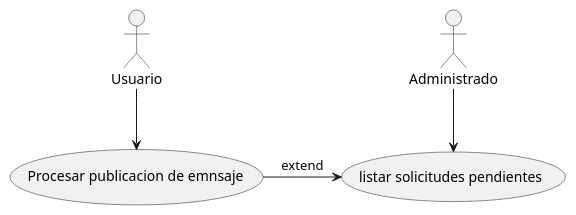
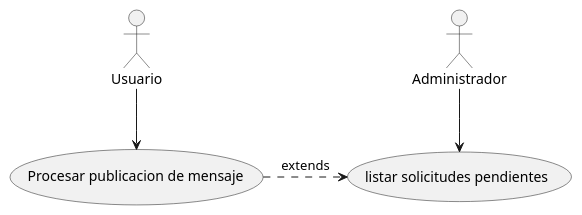
Before and after one commit to AlvariroA/dcapp: the fourth of 16 diagrams in Documentos/template.md, drawn with PlantUML. The commit also changed other lines of this file, not shown here.

````diff
--- a/Documentos/template.md
+++ b/Documentos/template.md
@@ -57,7 +59,7 @@
 ```plantuml
 @startuml
-Usuario --> (Procesar publicacion de emnsaje)
-(Procesar publicacion de emnsaje) -> (listar solicitudes pendientes) :extend
-Administrado --> (listar solicitudes pendientes)
+Usuario --> (Procesar publicacion de mensaje)
+(Procesar publicacion de mensaje) .> (listar solicitudes pendientes) :extends
+Administrador --> (listar solicitudes pendientes)
 @enduml
 ```
````
